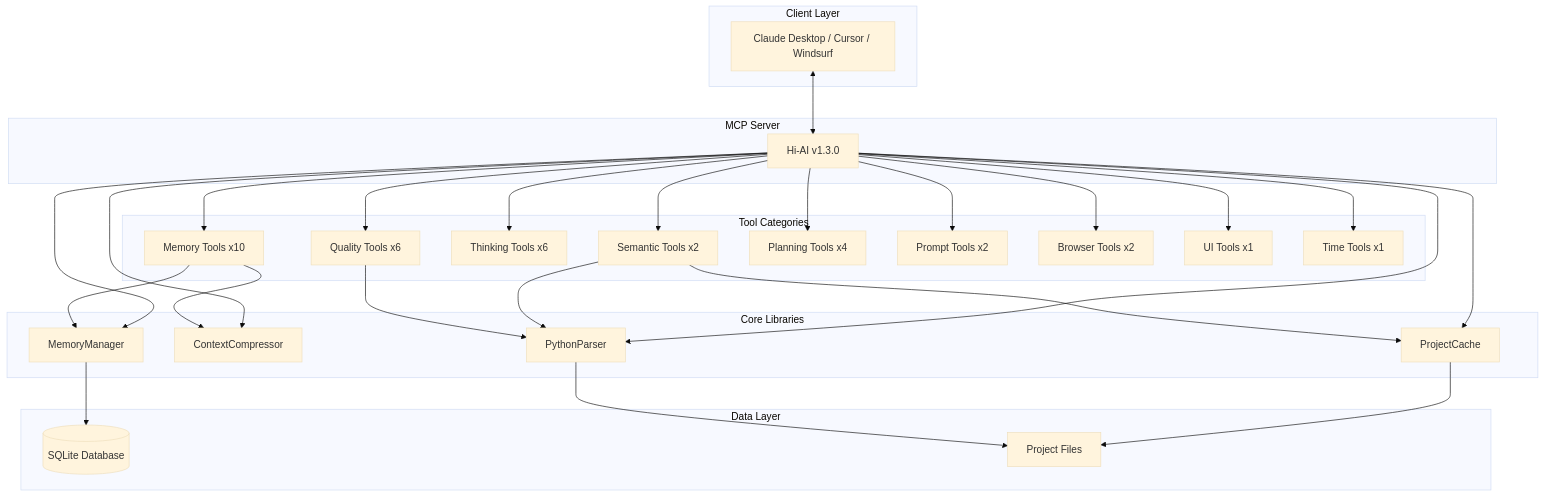
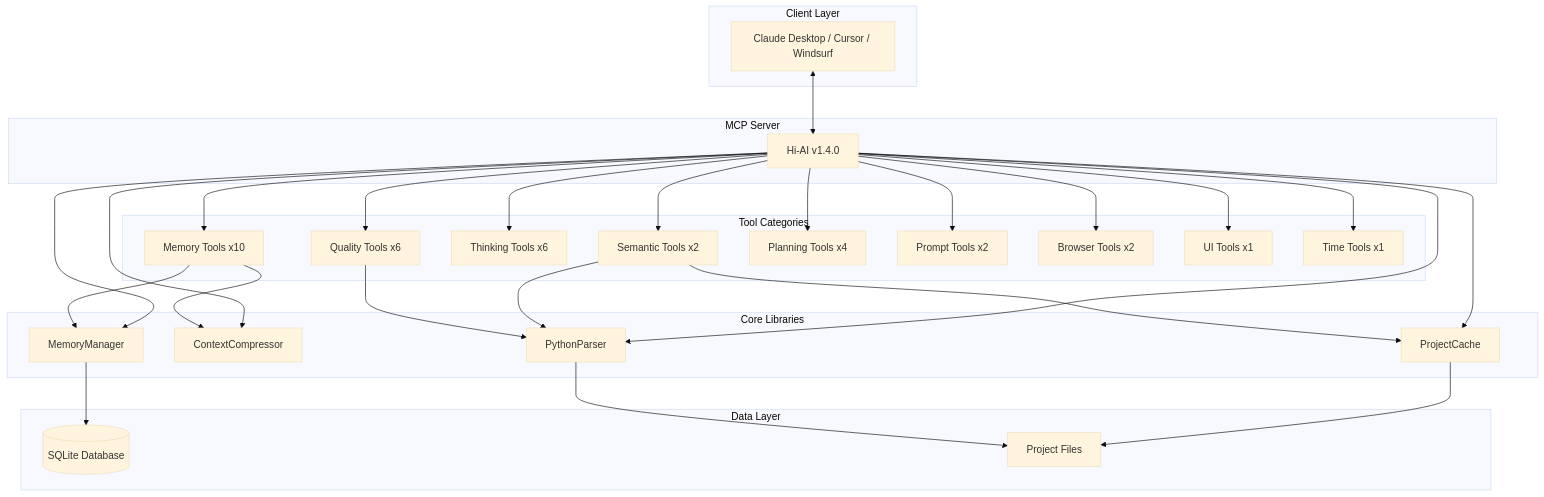
Before and after one commit to su-record/hi-ai: the diagram in README.md, drawn with Mermaid (base theme). The commit also changed other lines of this file and 4 other files, not shown here.

````diff
--- a/README.md
+++ b/README.md
@@ -322,44 +350,44 @@
 ```mermaid
 graph TB
     subgraph "Client Layer"
         A[Claude Desktop / Cursor / Windsurf]
     end
 
     subgraph "MCP Server"
-        B[Hi-AI v1.3.0]
+        B[Hi-AI v1.4.0]
     end
 
     subgraph "Core Libraries"
         C1[MemoryManager]
         C2[ContextCompressor]
         C3[ProjectCache]
         C4[PythonParser]
     end
 
     subgraph "Tool Categories"
         D1[Memory Tools x10]
         D2[Semantic Tools x2]
         D3[Thinking Tools x6]
         D4[Quality Tools x6]
         D5[Planning Tools x4]
         D6[Prompt Tools x2]
         D7[Browser Tools x2]
         D8[UI Tools x1]
         D9[Time Tools x1]
     end
 
     subgraph "Data Layer"
         E1[(SQLite Database)]
         E2[Project Files]
     end
 
     A <--> B
     B --> C1 & C2 & C3 & C4
     B --> D1 & D2 & D3 & D4 & D5 & D6 & D7 & D8 & D9
     C1 --> E1
     C3 --> E2
     C4 --> E2
     D1 --> C1 & C2
     D2 --> C3 & C4
     D4 --> C4
 ```
````
